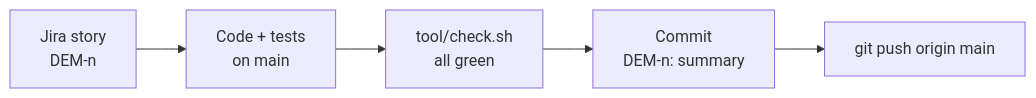
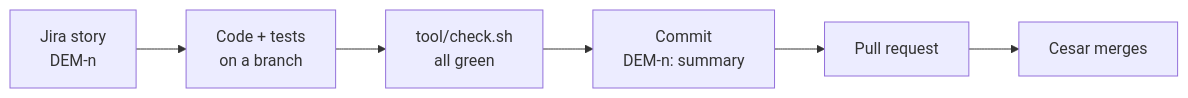
Before and after one commit to ctorres345/Demonica: the diagram in CONTRIBUTING.md, drawn with Mermaid. The commit also changed other lines of this file and 1 other file, not shown here.

First line of the commit message:
DEM-22: Changes reach main through a PR that Cesar merges

````diff
--- a/CONTRIBUTING.md
+++ b/CONTRIBUTING.md
@@ -18,4 +18,4 @@
 ```mermaid
 flowchart LR
-  a["Jira story<br/>DEM-n"] --> b["Code + tests<br/>on main"] --> c["tool/check.sh<br/>all green"] --> d["Commit<br/>DEM-n: summary"] --> e["git push origin main"]
+  a["Jira story<br/>DEM-n"] --> b["Code + tests<br/>on a branch"] --> c["tool/check.sh<br/>all green"] --> d["Commit<br/>DEM-n: summary"] --> e["Pull request"] --> f["Cesar merges"]
 ```
````
